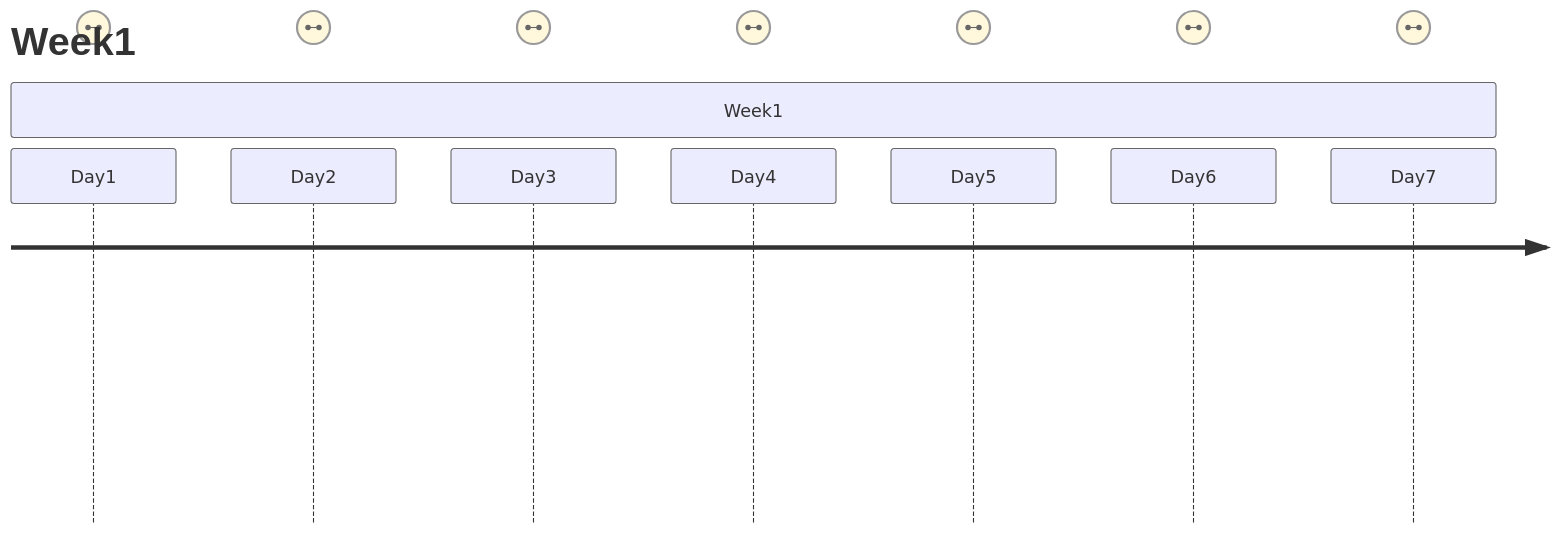
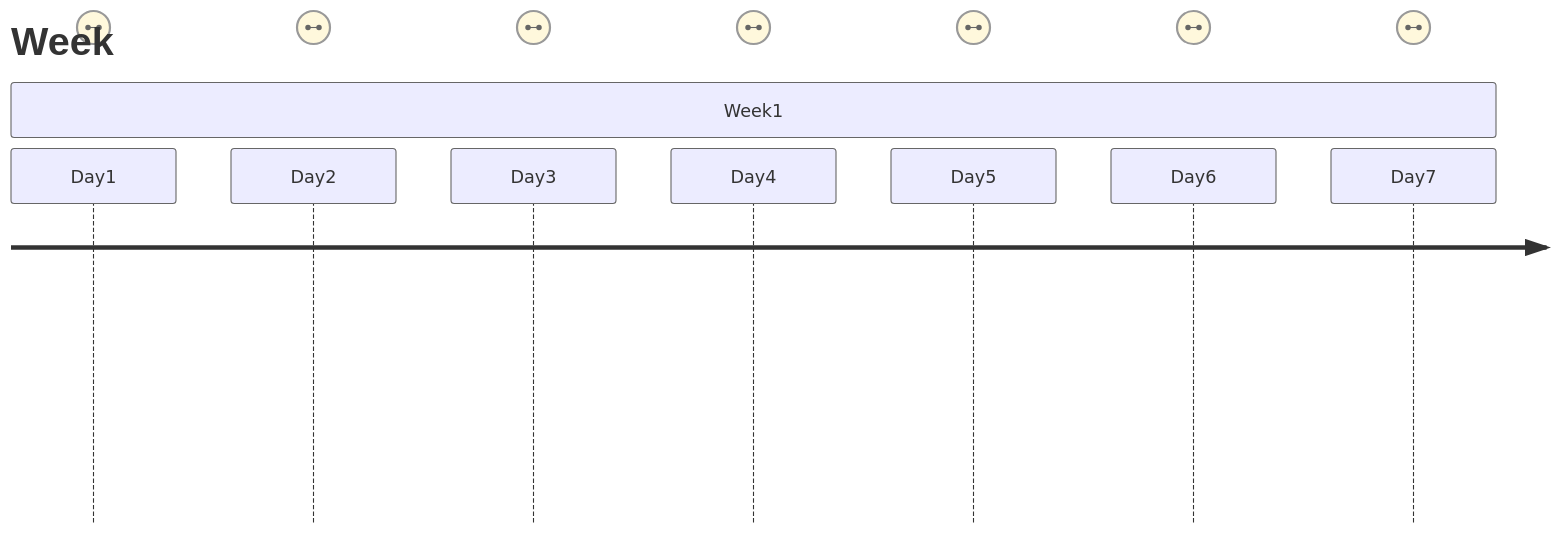
Before and after one commit to metigator/Roadmap: the first of 2 diagrams in README.md, drawn with Mermaid.

````diff
--- a/README.md
+++ b/README.md
@@ -1,12 +1,12 @@
 ```mermaid
 journey
-    title Week1
+    title Week#1
     section Week1
       Day1 : Me
       Day2 : Me
       Day3 : Me
       Day4 : Me
       Day5 : Me
       Day6 : Me
       Day7 : Me
 ```
````
